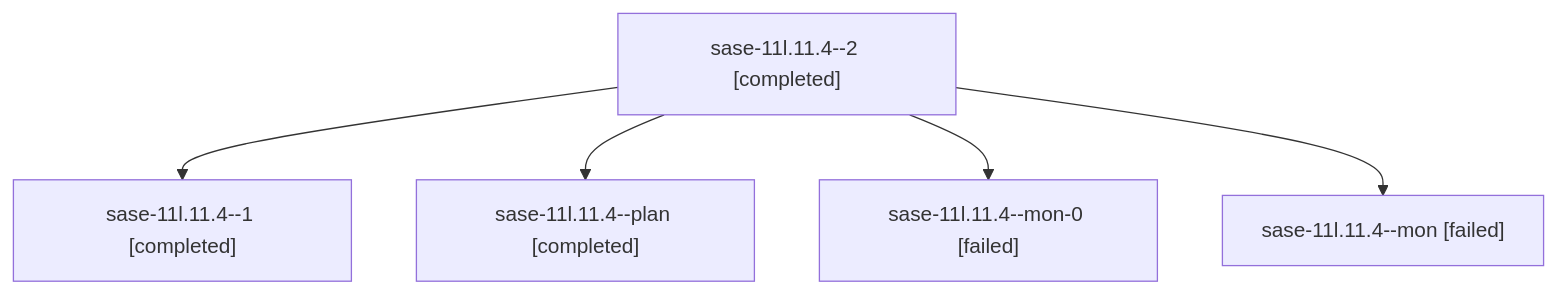
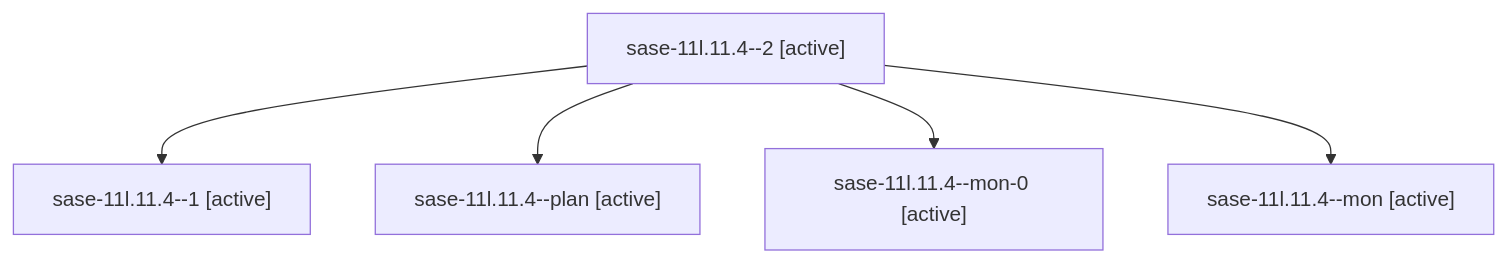
One commit to sase-org/sase--agents changed the diagram in families/bbugyi200.athena.sase-11l.11.4.md. Above: the diagram before and after it, drawn with Mermaid. The commit also changed other lines of this file and 192 other files, not shown here.

````diff
--- a/families/bbugyi200.athena.sase-11l.11.4.md
+++ b/families/bbugyi200.athena.sase-11l.11.4.md
@@ -9,12 +9,12 @@
 ```mermaid
 flowchart TD
-  n0["sase-11l.11.4--2 [completed]"]
-  n1["sase-11l.11.4--1 [completed]"]
+  n0["sase-11l.11.4--2 [active]"]
+  n1["sase-11l.11.4--1 [active]"]
   n0 --> n1
-  n2["sase-11l.11.4--plan [completed]"]
+  n2["sase-11l.11.4--plan [active]"]
   n0 --> n2
-  n3["sase-11l.11.4--mon-0 [failed]"]
+  n3["sase-11l.11.4--mon-0 [active]"]
   n0 --> n3
-  n4["sase-11l.11.4--mon [failed]"]
+  n4["sase-11l.11.4--mon [active]"]
   n0 --> n4
 ```
````
